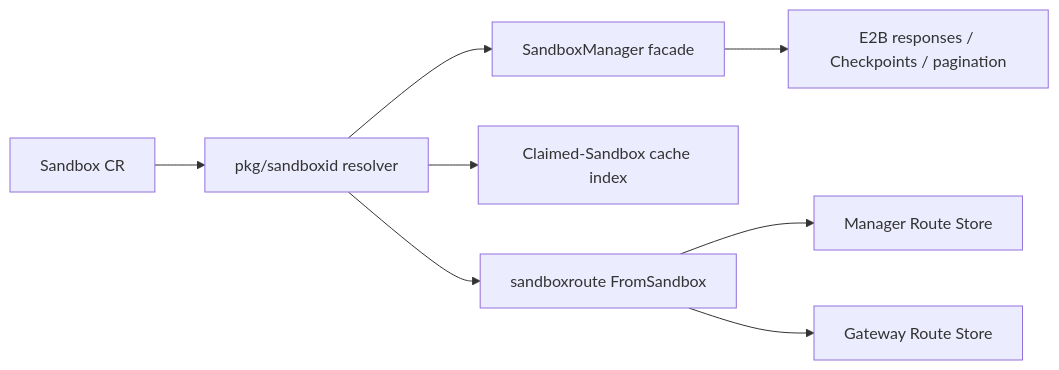
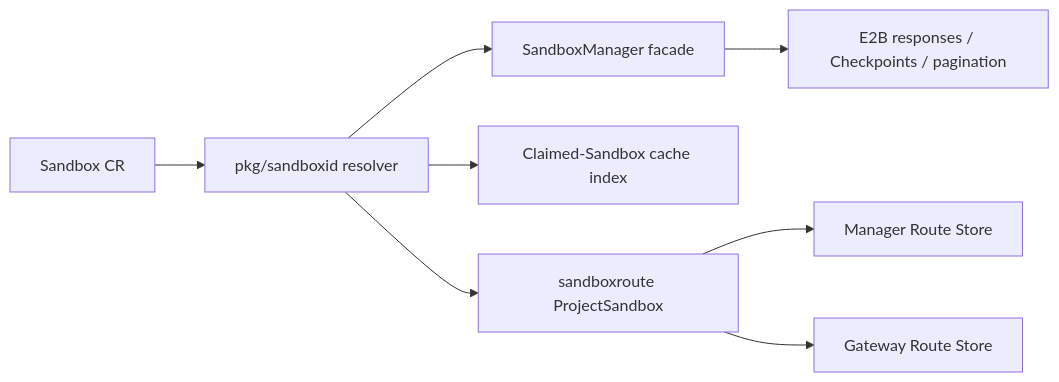
One commit to AiRanthem/agents changed the third of 3 diagrams in openspec/changes/short-sandbox-id/proposal.md. Above: the diagram before and after it, drawn with Mermaid. The commit also changed other lines of this file and 29 other files, not shown here.

First line of the commit message:
refactor(sandboxroute): centralize Sandbox route projection and ID/token derivation

````diff
--- a/openspec/changes/short-sandbox-id/proposal.md
+++ b/openspec/changes/short-sandbox-id/proposal.md
@@ -281,10 +281,10 @@
 ```mermaid
 flowchart LR
     S[Sandbox CR] --> R[pkg/sandboxid resolver]
     R --> M[SandboxManager facade]
     R --> C[Claimed-Sandbox cache index]
-    R --> P[sandboxroute FromSandbox]
+    R --> P[sandboxroute ProjectSandbox]
     M --> E[E2B responses / Checkpoints / pagination]
     P --> MS[Manager Route Store]
     P --> GS[Gateway Route Store]
 ```
````
